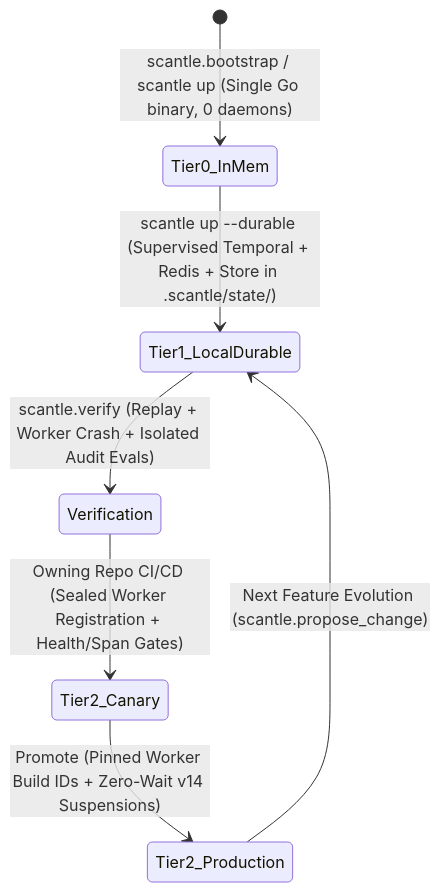
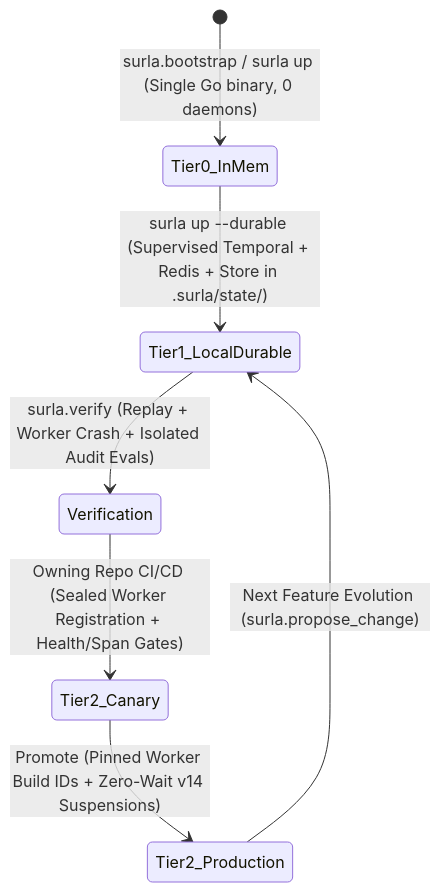
One commit to goadesign/scantle changed the second of 3 diagrams in PROPOSAL.md. Above: the diagram before and after it, drawn with Mermaid. The commit also changed other lines of this file and 15 other files, not shown here.

````diff
--- a/PROPOSAL.md
+++ b/PROPOSAL.md
@@ -185,9 +185,9 @@
 ```mermaid
 stateDiagram-v2
-    [*] --> Tier0_InMem: scantle.bootstrap / scantle up (Single Go binary, 0 daemons)
-    Tier0_InMem --> Tier1_LocalDurable: scantle up --durable (Supervised Temporal + Redis + Store in .scantle/state/)
-    Tier1_LocalDurable --> Verification: scantle.verify (Replay + Worker Crash + Isolated Audit Evals)
+    [*] --> Tier0_InMem: surla.bootstrap / surla up (Single Go binary, 0 daemons)
+    Tier0_InMem --> Tier1_LocalDurable: surla up --durable (Supervised Temporal + Redis + Store in .surla/state/)
+    Tier1_LocalDurable --> Verification: surla.verify (Replay + Worker Crash + Isolated Audit Evals)
     Verification --> Tier2_Canary: Owning Repo CI/CD (Sealed Worker Registration + Health/Span Gates)
     Tier2_Canary --> Tier2_Production: Promote (Pinned Worker Build IDs + Zero-Wait v14 Suspensions)
-    Tier2_Production --> Tier1_LocalDurable: Next Feature Evolution (scantle.propose_change)
+    Tier2_Production --> Tier1_LocalDurable: Next Feature Evolution (surla.propose_change)
 ```
````
